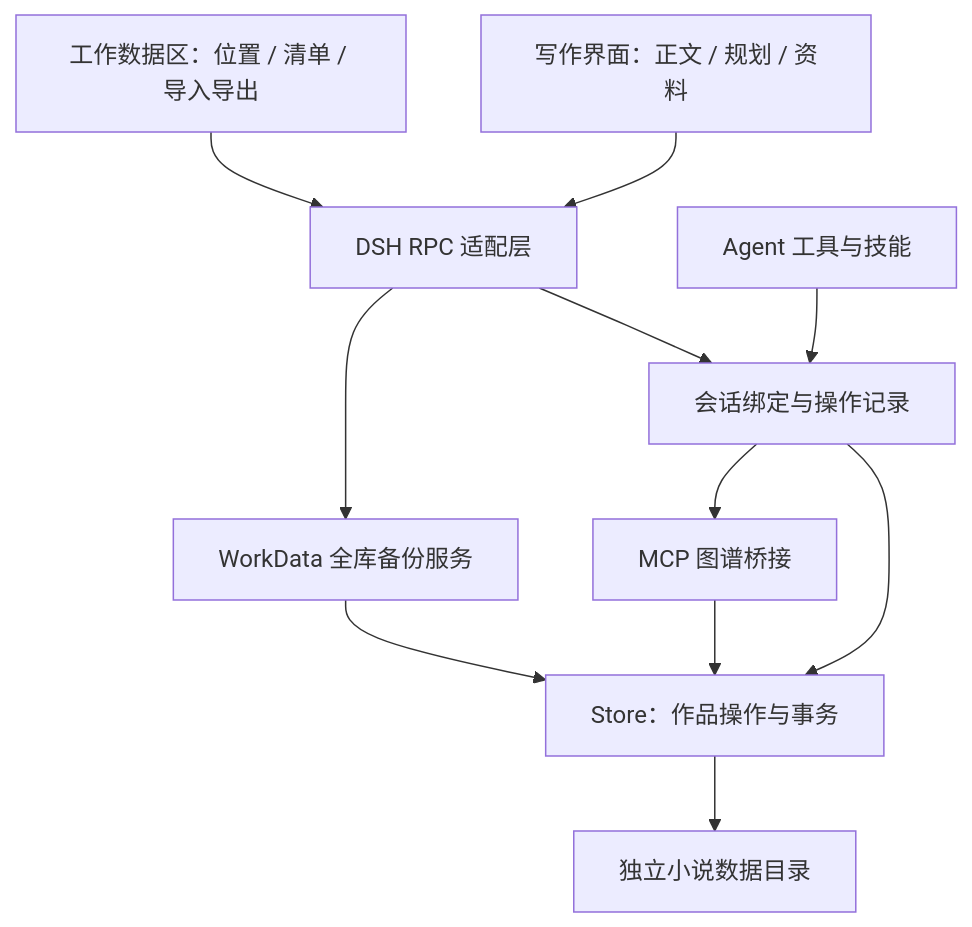
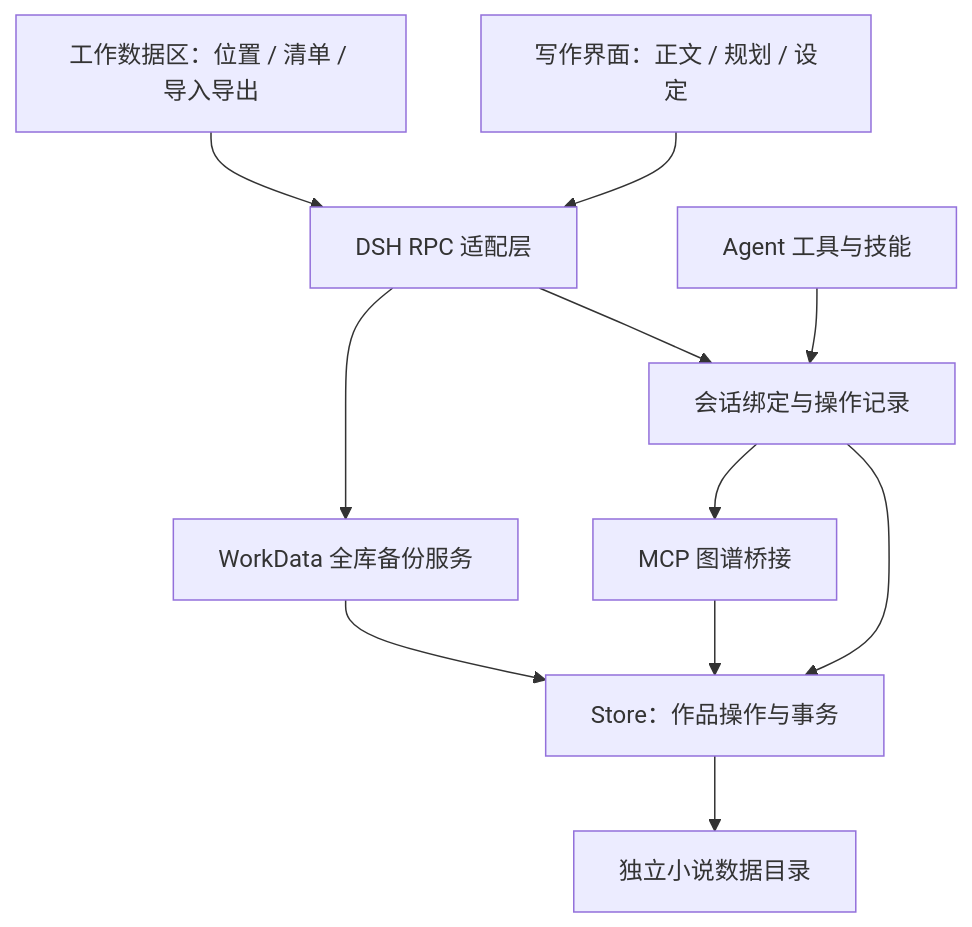
The diagram in docs/architecture.md (mistnest/dsh-cuigengji-plugin), drawn with Mermaid before and after one commit. The commit also changed other lines of this file and 84 other files, not shown here.

````diff
--- a/docs/architecture.md
+++ b/docs/architecture.md
@@ -3,13 +3,13 @@
 ```mermaid
 flowchart TD
-    UI[写作界面：正文 / 规划 / 资料] --> RPC[DSH RPC 适配层]
+    UI[写作界面：正文 / 规划 / 设定] --> RPC[DSH RPC 适配层]
     DATAUI[工作数据区：位置 / 清单 / 导入导出] --> RPC
     AGENT[Agent 工具与技能] --> POLICY[会话绑定与操作记录]
     RPC --> POLICY
     RPC --> DATA[WorkData 全库备份服务]
     POLICY --> STORE[Store：作品操作与事务]
     DATA --> STORE
     STORE --> DISK[独立小说数据目录]
     POLICY --> MCP[MCP 图谱桥接]
     MCP --> STORE
 ```
````
